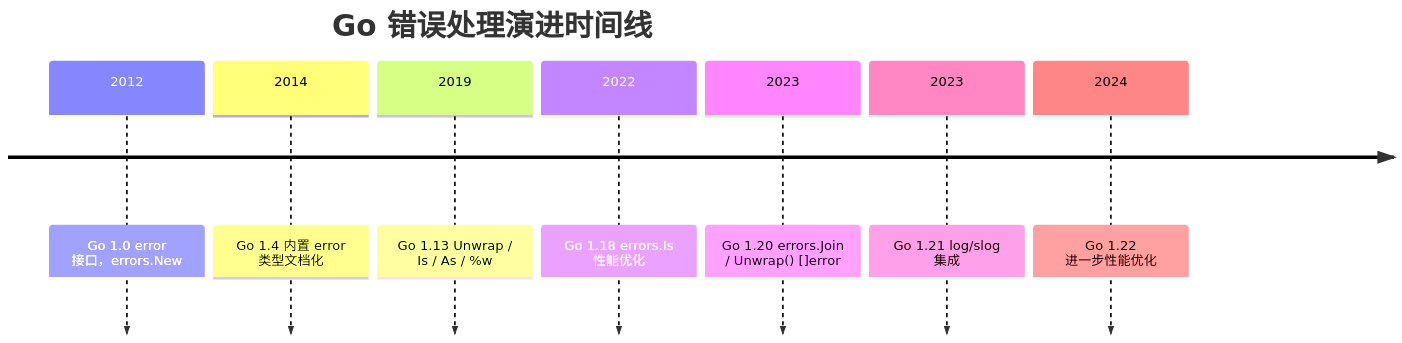
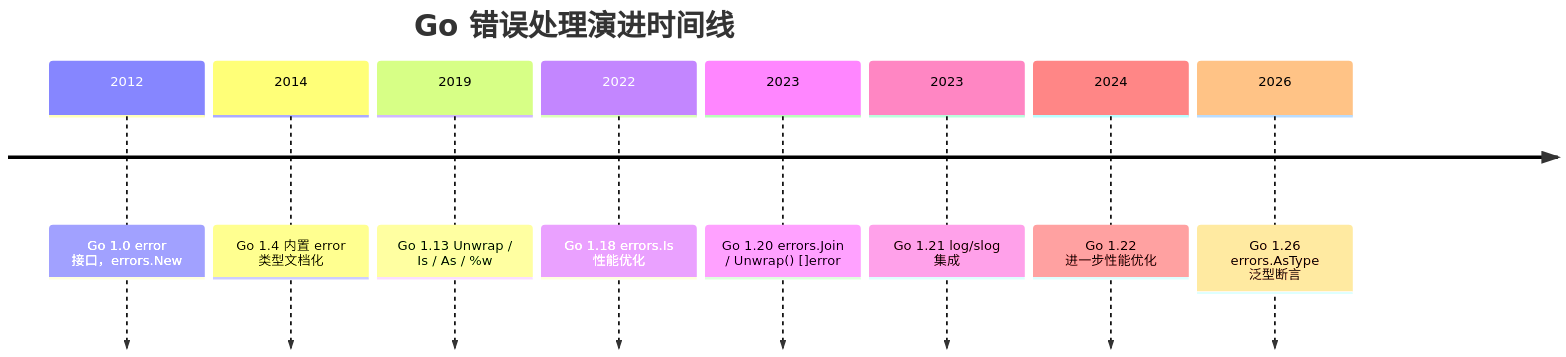
The first of 3 diagrams in cnt-content/full/015-go/090-ErrorHandlingAdvanced.md (fanquanpp/FANDEX), drawn with Mermaid before and after one commit. The commit also changed other lines of this file and 1501 other files, not shown here.

````diff
--- a/cnt-content/full/015-go/090-ErrorHandlingAdvanced.md
+++ b/cnt-content/full/015-go/090-ErrorHandlingAdvanced.md
@@ -157,11 +180,12 @@
 ```mermaid
 timeline
     title Go 错误处理演进时间线
     2012: Go 1.0 error 接口，errors.New
     2014: Go 1.4 内置 error 类型文档化
     2019: Go 1.13 Unwrap / Is / As / %w
     2022: Go 1.18 errors.Is 性能优化
     2023: Go 1.20 errors.Join / Unwrap() []error
     2023: Go 1.21 log/slog 集成
     2024: Go 1.22 进一步性能优化
+    2026: Go 1.26 errors.AsType 泛型断言
 ```
````
